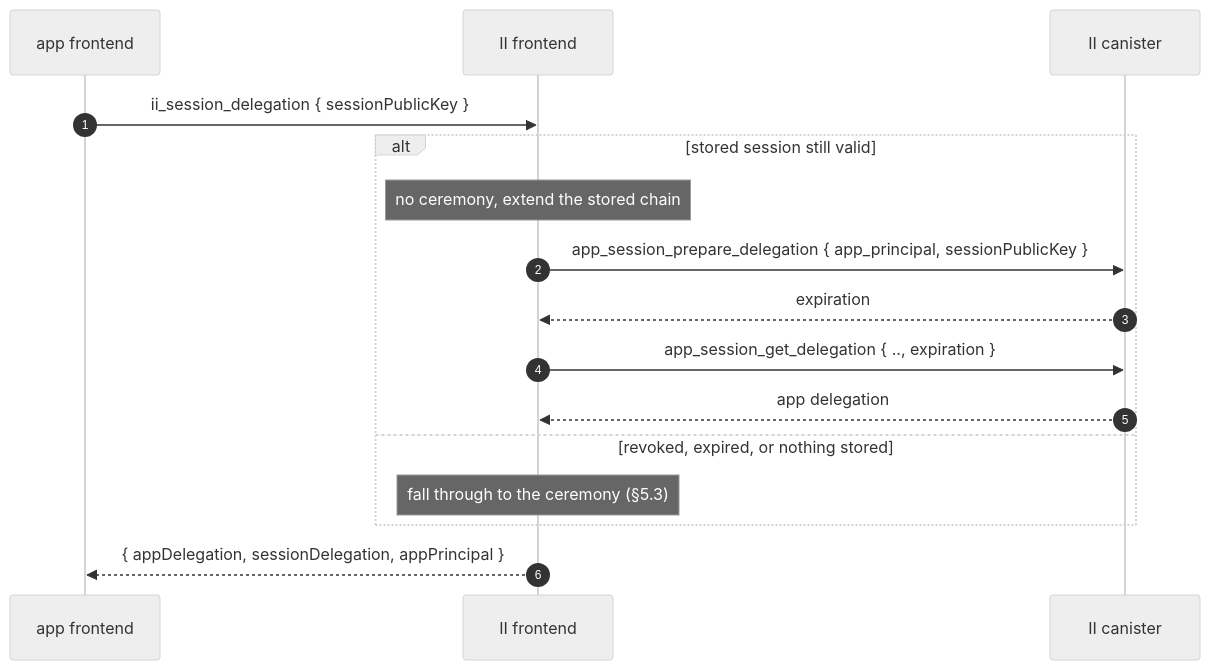
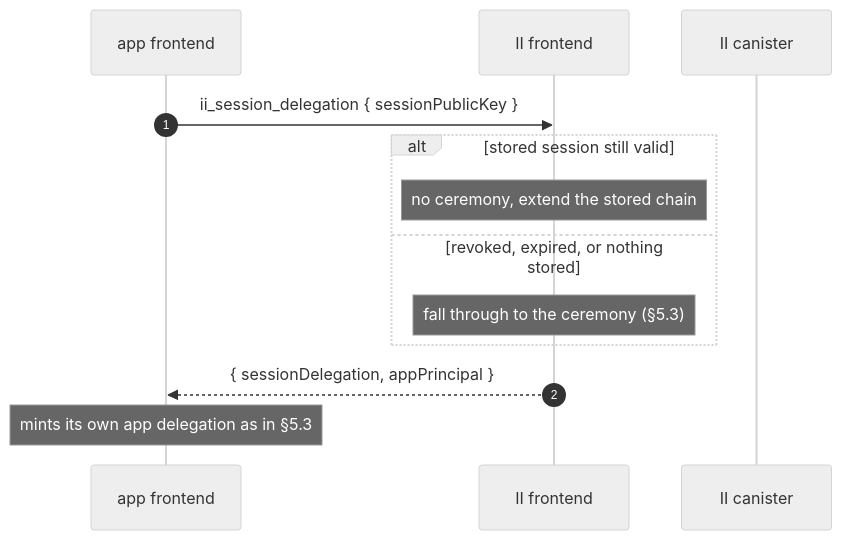
One commit to dfinity/internet-identity changed the fourth of 7 diagrams in docs/ongoing/revocable-app-sessions.md. Above: the diagram before and after it, drawn with Mermaid (neutral theme). The commit also changed other lines of this file, not shown here.

First line of the commit message:
docs: make the session RPC return only a session

````diff
--- a/docs/ongoing/revocable-app-sessions.md
+++ b/docs/ongoing/revocable-app-sessions.md
@@ -243,18 +254,15 @@
 ```mermaid
 sequenceDiagram
     autonumber
     participant App as app frontend
     participant IIF as II frontend
     participant IIC as II canister
     App->>IIF: ii_session_delegation { sessionPublicKey }
     alt stored session still valid
         Note over IIF: no ceremony, extend the stored chain
-        IIF->>IIC: app_session_prepare_delegation { app_principal, sessionPublicKey }
-        IIC-->>IIF: expiration
-        IIF->>IIC: app_session_get_delegation { .., expiration }
-        IIC-->>IIF: app delegation
     else revoked, expired, or nothing stored
         Note over IIF: fall through to the ceremony (§5.3)
     end
-    IIF-->>App: { appDelegation, sessionDelegation, appPrincipal }
+    IIF-->>App: { sessionDelegation, appPrincipal }
+    Note over App: mints its own app delegation as in §5.3
 ```
````
